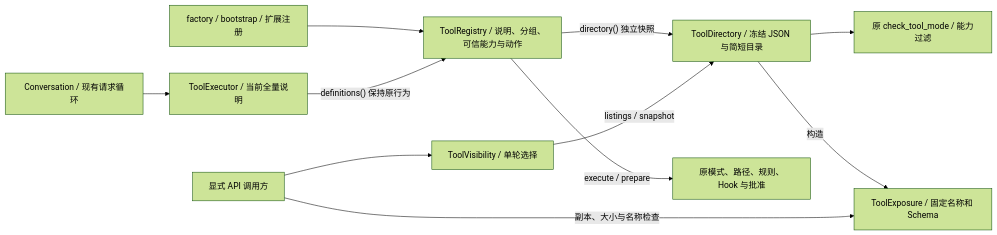
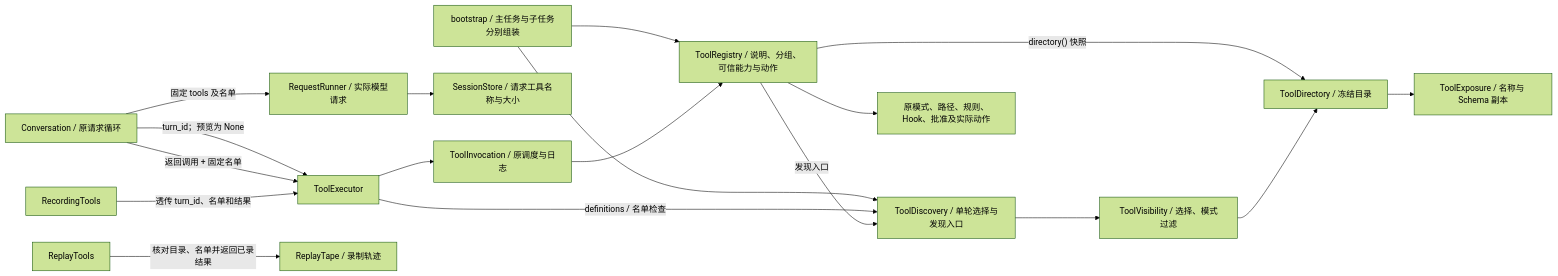
One commit to Plvltra/AdamAgent changed the first of 26 diagrams in docs/architecture.md. Above: the diagram before and after it, drawn with Mermaid (forest theme). The commit also changed other lines of this file and 36 other files, not shown here.

```diff
--- a/docs/architecture.md
+++ b/docs/architecture.md
@@ -14,13 +13,20 @@
 ~~~mermaid
 flowchart LR
-    DISC_BOOT["factory / bootstrap / 扩展注册"] --> DISC_REG["ToolRegistry / 说明、分组、可信能力与动作"]
-    DISC_REG -->|"directory() 独立快照"| DISC_DIR["ToolDirectory / 冻结 JSON 与简短目录"]
-    DISC_DIR --> DISC_MODE["原 check_tool_mode / 能力过滤"]
-    DISC_API["显式 API 调用方"] --> DISC_SELECTION["ToolVisibility / 单轮选择"]
-    DISC_SELECTION -->|"listings / snapshot"| DISC_DIR
-    DISC_DIR -->|"构造"| DISC_EXPOSURE["ToolExposure / 固定名称和 Schema"]
-    DISC_API -->|"副本、大小与名称检查"| DISC_EXPOSURE
-    DISC_CONVERSATION["Conversation / 现有请求循环"] --> DISC_EXECUTOR["ToolExecutor / 当前全量说明"]
-    DISC_EXECUTOR -->|"definitions() 保持原行为"| DISC_REG
-    DISC_REG -->|"execute / prepare"| DISC_GUARD["原模式、路径、规则、Hook 与批准"]
+    DISC_BOOT["bootstrap / 主任务与子任务分别组装"] --> DISC_REG["ToolRegistry / 说明、分组、可信能力与动作"]
+    DISC_BOOT --> DISC_SERVICE["ToolDiscovery / 单轮选择与发现入口"]
+    DISC_SERVICE --> DISC_SELECTION["ToolVisibility / 选择、模式过滤"]
+    DISC_REG -->|"directory() 快照"| DISC_DIR["ToolDirectory / 冻结目录"]
+    DISC_SELECTION --> DISC_DIR
+    DISC_DIR --> DISC_EXPOSURE["ToolExposure / 名称与 Schema 副本"]
+    DISC_CONVERSATION["Conversation / 原请求循环"] -->|"turn_id；预览为 None"| DISC_EXECUTOR["ToolExecutor"]
+    DISC_EXECUTOR -->|"definitions / 名单检查"| DISC_SERVICE
+    DISC_CONVERSATION -->|"固定 tools 及名单"| DISC_REQUEST["RequestRunner / 实际模型请求"]
+    DISC_REQUEST --> DISC_LOG["SessionStore / 请求工具名称与大小"]
+    DISC_CONVERSATION -->|"返回调用 + 固定名单"| DISC_EXECUTOR
+    DISC_EXECUTOR --> DISC_INVOKE["ToolInvocation / 原调度与日志"]
+    DISC_INVOKE --> DISC_REG
+    DISC_REG -->|"发现入口"| DISC_SERVICE
+    DISC_REG --> DISC_GUARD["原模式、路径、规则、Hook、批准及实际动作"]
+    DISC_CAPTURE["RecordingTools"] -->|"透传 turn_id、名单和结果"| DISC_EXECUTOR
+    DISC_REPLAY["ReplayTools"] -->|"核对目录、名单并返回已录结果"| DISC_TAPE["ReplayTape / 录制轨迹"]
 ~~~
```
